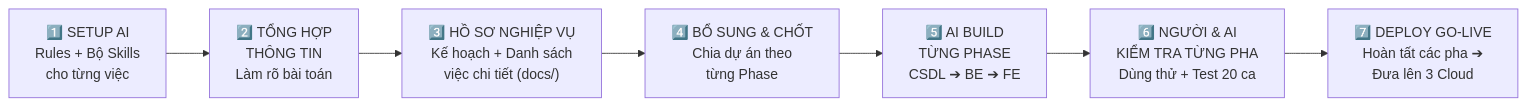
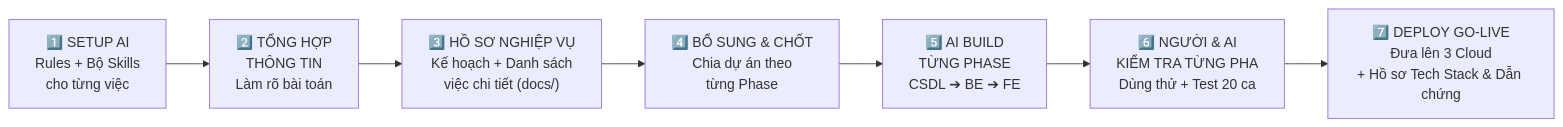
One commit to HuyDdoox/taskmg changed the diagram in docs/slide_bao_cao_du_an.md. Above: the diagram before and after it, drawn with Mermaid. The commit also changed other lines of this file, not shown here.

Commit message:
docs: expand presentation script to 11 slides with AI toolchain, tech stack, 3-cloud deploy & live project proofs

````diff
--- a/docs/slide_bao_cao_du_an.md
+++ b/docs/slide_bao_cao_du_an.md
@@ -13,9 +14,9 @@
 ```mermaid
 flowchart LR
     B1["1️⃣ SETUP AI\nRules + Bộ Skills\ncho từng việc"] --> B2["2️⃣ TỔNG HỢP\nTHÔNG TIN\nLàm rõ bài toán"]
     B2 --> B3["3️⃣ HỒ SƠ NGHIỆP VỤ\nKế hoạch + Danh sách\nviệc chi tiết (docs/)"]
     B3 --> B4["4️⃣ BỔ SUNG & CHỐT\nChia dự án theo\ntừng Phase"]
     B4 --> B5["5️⃣ AI BUILD\nTỪNG PHASE\nCSDL ➔ BE ➔ FE"]
     B5 --> B6["6️⃣ NGƯỜI & AI\nKIỂM TRA TỪNG PHA\nDùng thử + Test 20 ca"]
-    B6 --> B7["7️⃣ DEPLOY GO-LIVE\nHoàn tất các pha ➔\nĐưa lên 3 Cloud"]
+    B6 --> B7["7️⃣ DEPLOY GO-LIVE\nĐưa lên 3 Cloud\n+ Hồ sơ Tech Stack & Dẫn chứng"]
 ```
````
